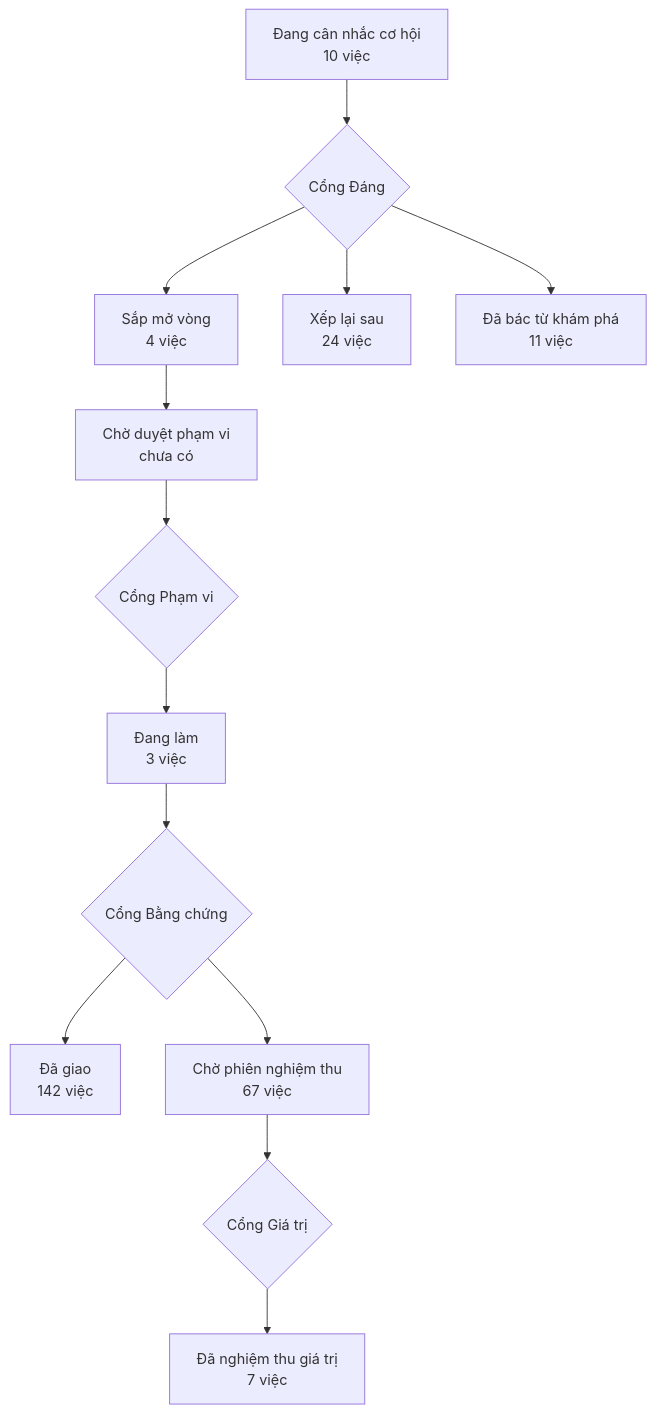
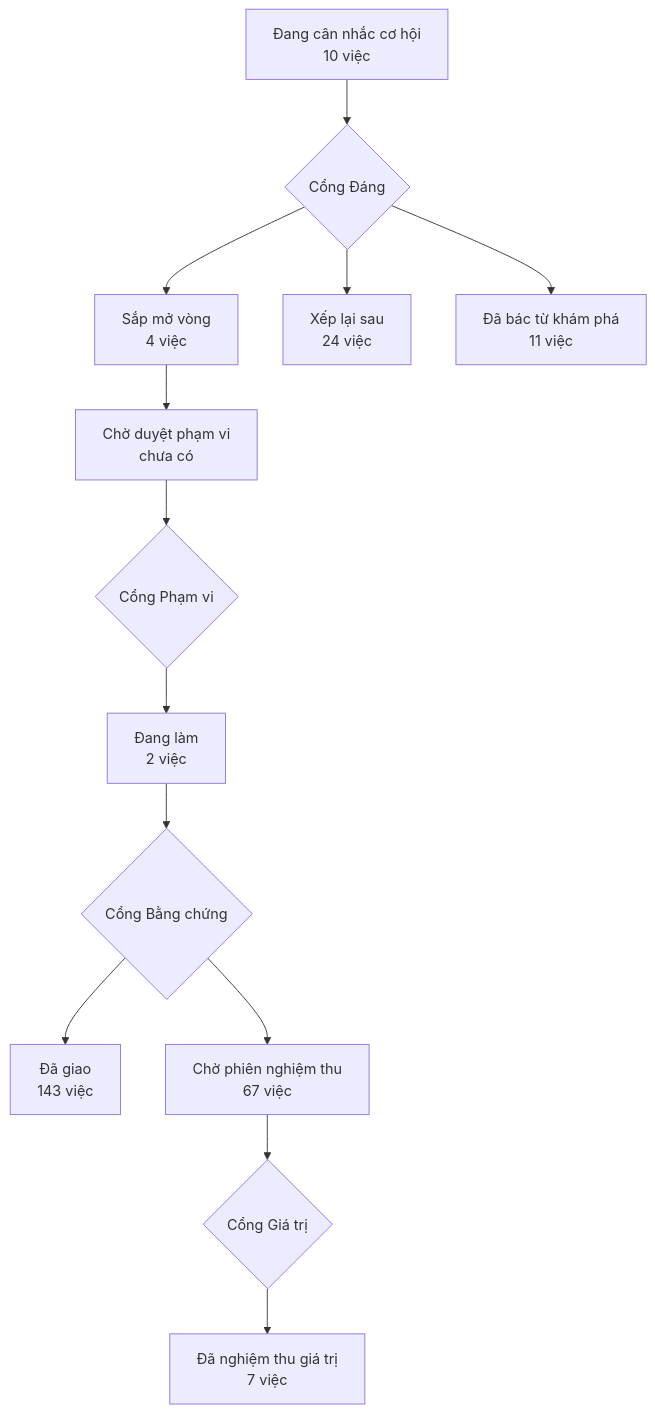
Before and after one commit to phanlemanh/acceptance-gate-kit: the diagram in PRODUCT-MAP.md, drawn with Mermaid. The commit also changed 7 other files, not shown here.

````diff
--- a/PRODUCT-MAP.md
+++ b/PRODUCT-MAP.md
@@ -7,12 +7,12 @@
 ```mermaid
 flowchart TD
   A["Đang cân nhắc cơ hội<br/>10 việc"] --> GD{"Cổng Đáng"}
   GD --> B["Sắp mở vòng<br/>4 việc"]
   GD --> XL["Xếp lại sau<br/>24 việc"]
   GD --> DB["Đã bác từ khám phá<br/>11 việc"]
   B --> CD["Chờ duyệt phạm vi<br/>chưa có"] --> GP{"Cổng Phạm vi"}
-  GP --> DL["Đang làm<br/>3 việc"] --> GB{"Cổng Bằng chứng"}
-  GB --> DG["Đã giao<br/>142 việc"]
+  GP --> DL["Đang làm<br/>2 việc"] --> GB{"Cổng Bằng chứng"}
+  GB --> DG["Đã giao<br/>143 việc"]
   GB --> CN["Chờ phiên nghiệm thu<br/>67 việc"] --> GG{"Cổng Giá trị"}
   GG --> NT["Đã nghiệm thu giá trị<br/>7 việc"]
 ```
````
